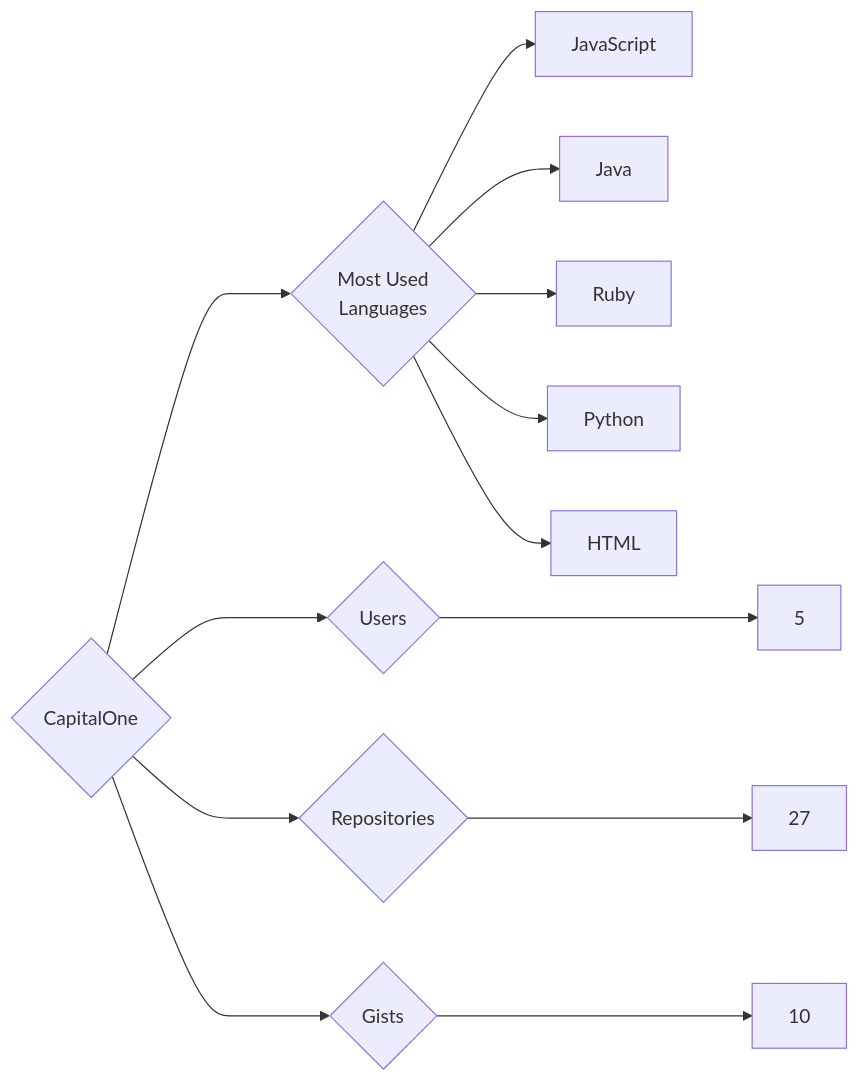
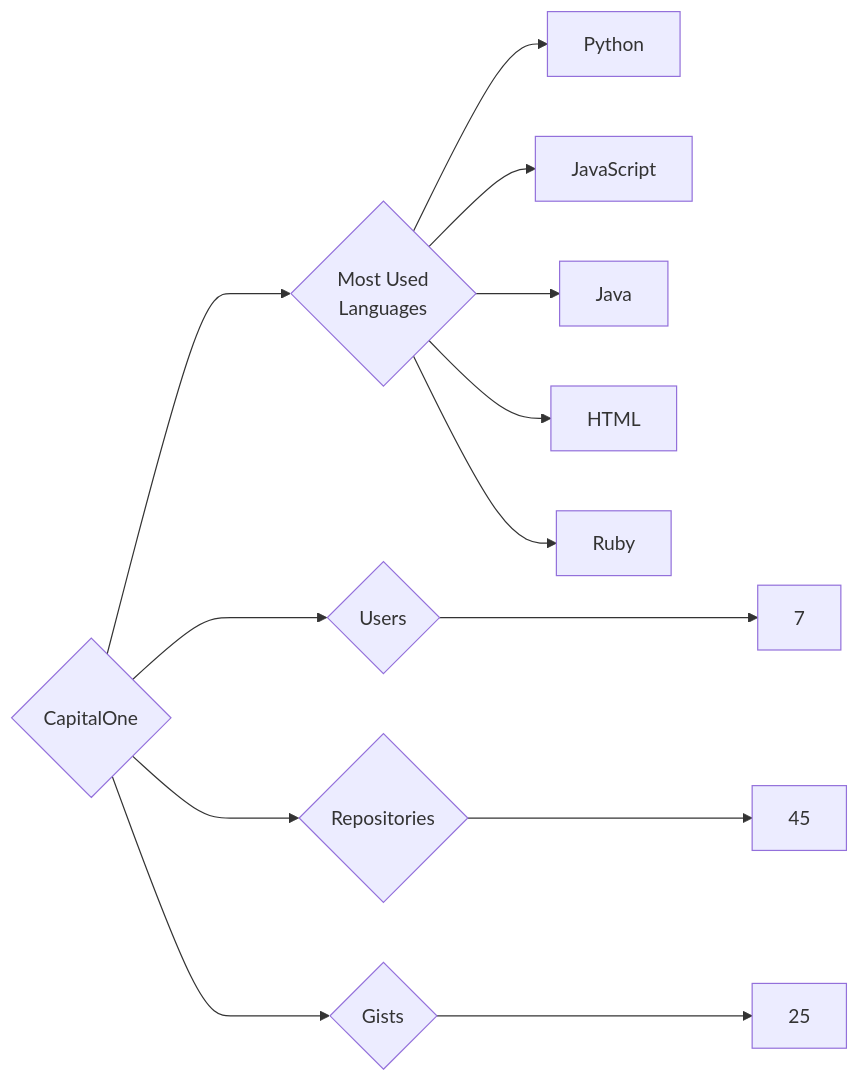
One commit to trickest/insiders changed the diagram in targets/CapitalOne/README.md. Above: the diagram before and after it, drawn with Mermaid. The commit also changed 1175 other files, not shown here.

````diff
--- a/targets/CapitalOne/README.md
+++ b/targets/CapitalOne/README.md
@@ -3,13 +3,13 @@
 ```mermaid
 graph LR
 COMPANY_NAME{CapitalOne}
-COMPANY_NAME ---> U{Users} ---> UN[5]
-COMPANY_NAME ---> R{Repositories} ---> RN[27]
-COMPANY_NAME ---> G{Gists} ---> GN[10]
+COMPANY_NAME ---> U{Users} ---> UN[7]
+COMPANY_NAME ---> R{Repositories} ---> RN[45]
+COMPANY_NAME ---> G{Gists} ---> GN[25]
 COMPANY_NAME ---> ML{Most Used<br>Languages}
+ML --> Python[Python]
 ML --> JavaScript[JavaScript]
 ML --> Java[Java]
+ML --> HTML[HTML]
 ML --> Ruby[Ruby]
-ML --> Python[Python]
-ML --> HTML[HTML]
 ```
````
